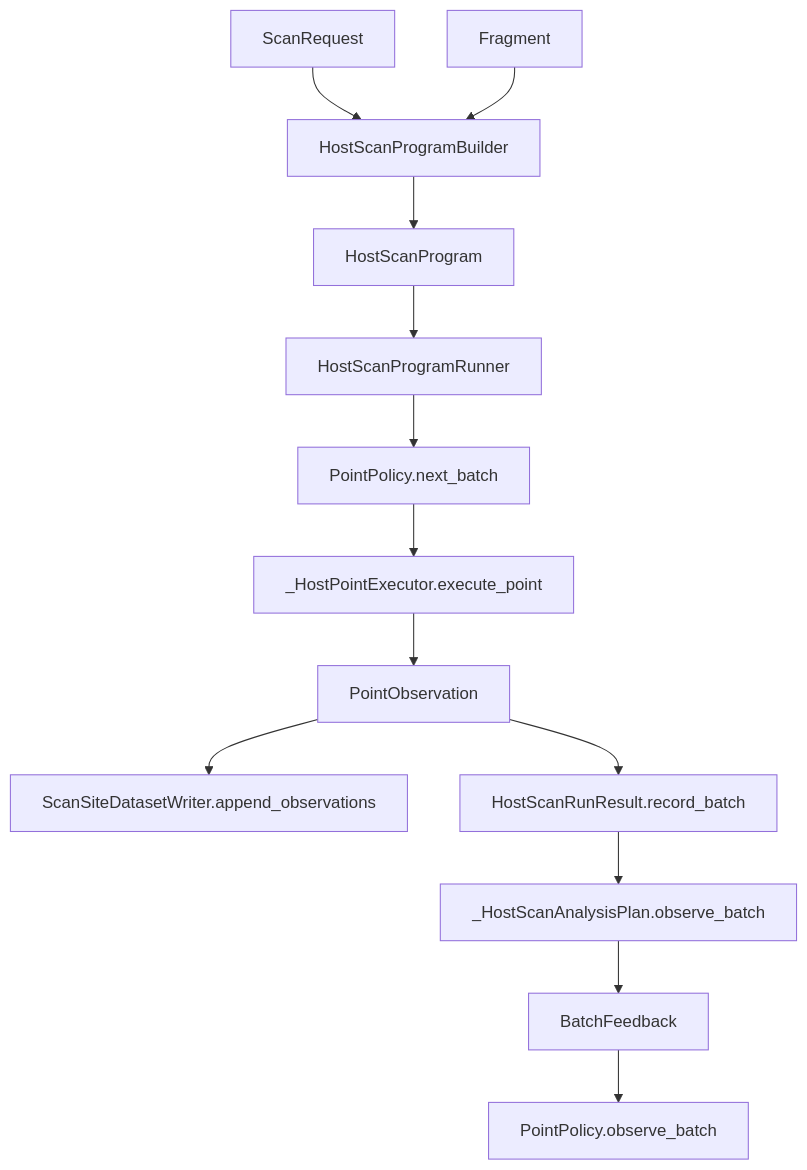
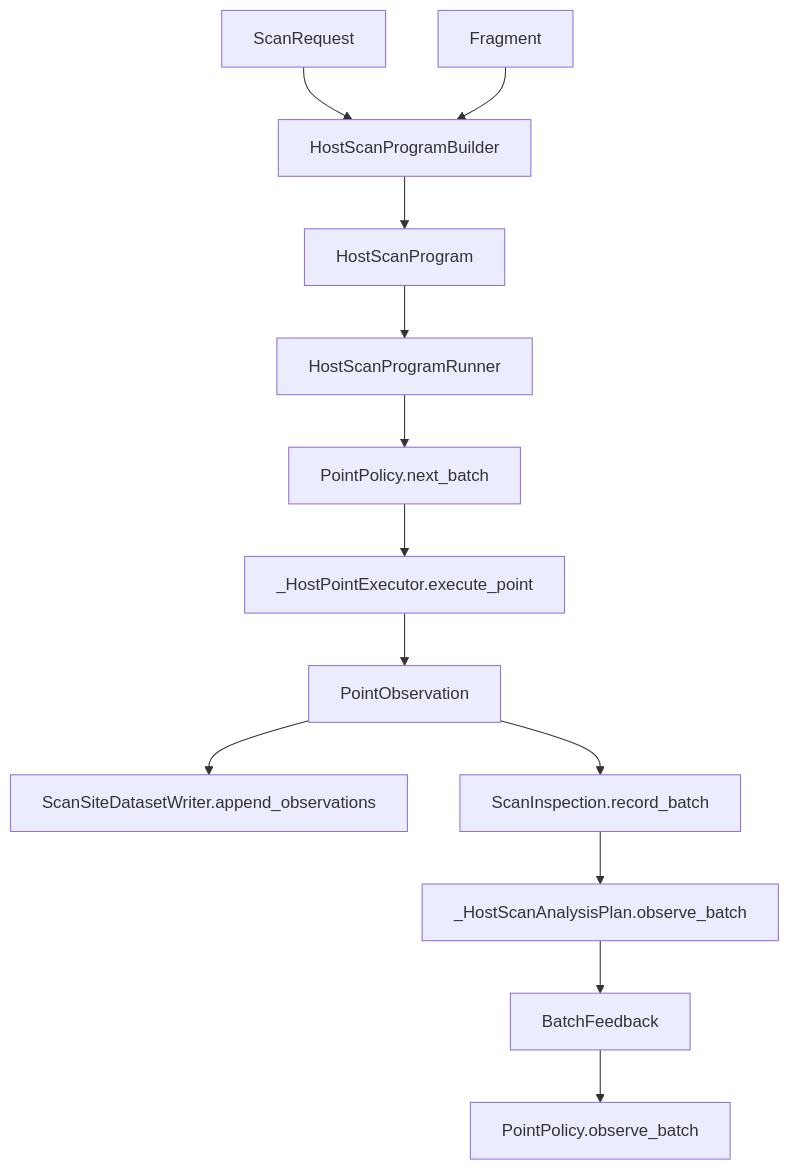
Before and after one commit to tomhepz/ndscan: the diagram in HOST_RUNTIME_CURRENT.md, drawn with Mermaid. The commit also changed other lines of this file and 36 other files, not shown here.

````diff
--- a/HOST_RUNTIME_CURRENT.md
+++ b/HOST_RUNTIME_CURRENT.md
@@ -146,16 +146,16 @@
 ```mermaid
 flowchart TD
     REQ[ScanRequest] --> BUILD[HostScanProgramBuilder]
     FRAG[Fragment] --> BUILD
     BUILD --> PROG[HostScanProgram]
     PROG --> RUN[HostScanProgramRunner]
 
     RUN --> SRC[PointPolicy.next_batch]
     SRC --> EXEC[_HostPointExecutor.execute_point]
     EXEC --> OBS[PointObservation]
     OBS --> WRITE[ScanSiteDatasetWriter.append_observations]
-    OBS --> MEM[HostScanRunResult.record_batch]
+    OBS --> MEM[ScanInspection.record_batch]
     MEM --> ANALYSIS[_HostScanAnalysisPlan.observe_batch]
     ANALYSIS --> FEEDBACK[BatchFeedback]
     FEEDBACK --> SRC2[PointPolicy.observe_batch]
 ```
````
